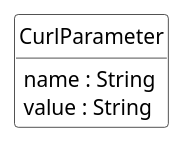
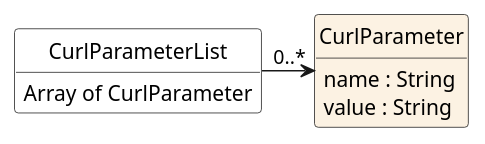
The diagram in documentation/models/curlparameterfile/curlparameterfile.puml (jfudickar/json2puml), drawn with PlantUML before and after one commit. The commit also changed 10 other files, not shown here.

```diff
--- a/documentation/models/curlparameterfile/curlparameterfile.puml
+++ b/documentation/models/curlparameterfile/curlparameterfile.puml
@@ -1,19 +1,24 @@
 @startuml
 hide circle
 hide methods
 hide stereotype
 show <<Enumeration>> stereotype
 skinparam class {
    BackgroundColor<<Enumeration>> #E6F5F7
    BackgroundColor<<Ref>> #FFFFE0
    BackgroundColor<<Pivot>> #FFFFFFF
    BackgroundColor #FCF2E3
 }
 
 
-class CurlParameter <<Pivot>>{
+class CurlParameter {
 	name : String
 	value : String
 }
 
+class CurlParameterList <<Pivot>>{
+   Array of CurlParameter
+}
+
+CurlParameterList -right-> "0..*" CurlParameter 
 @enduml
```
